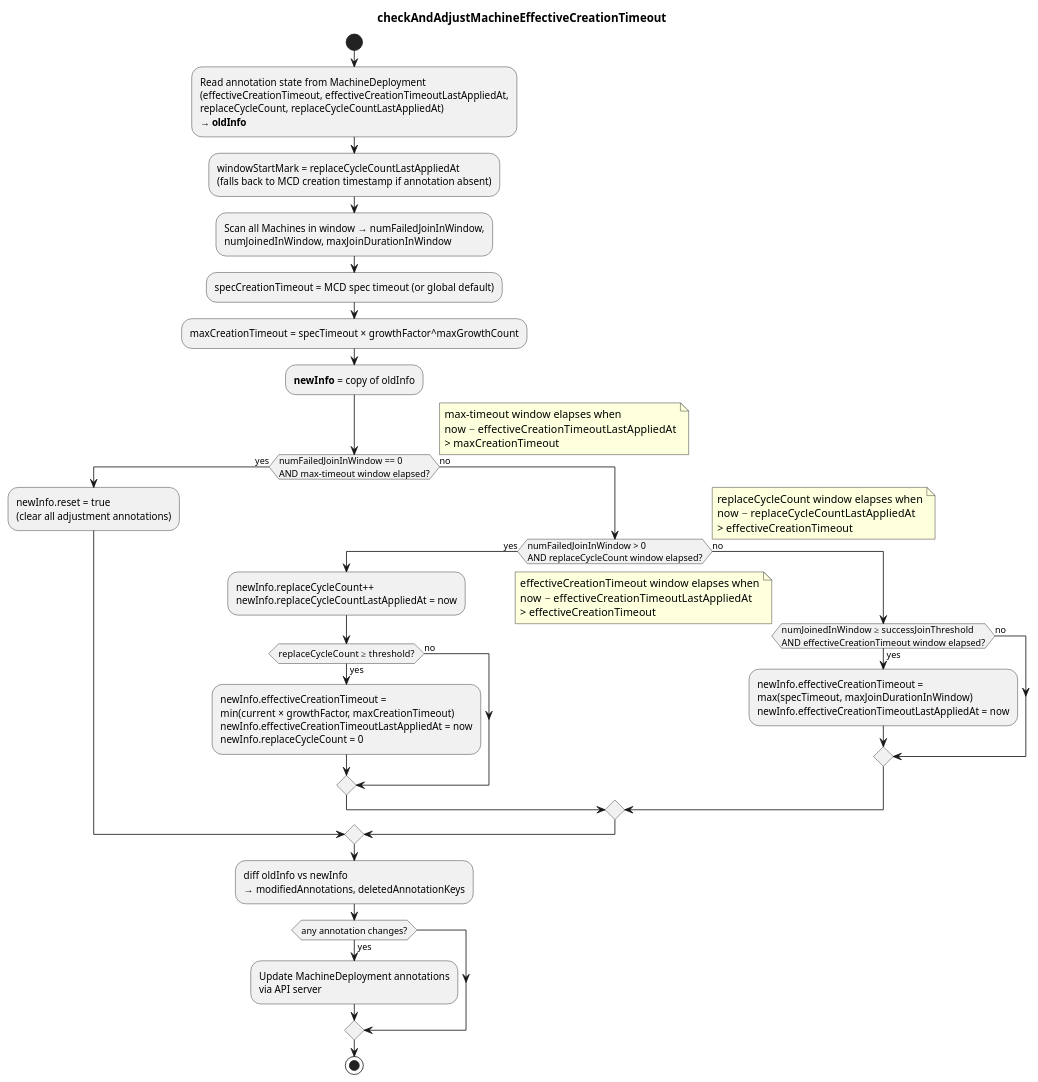
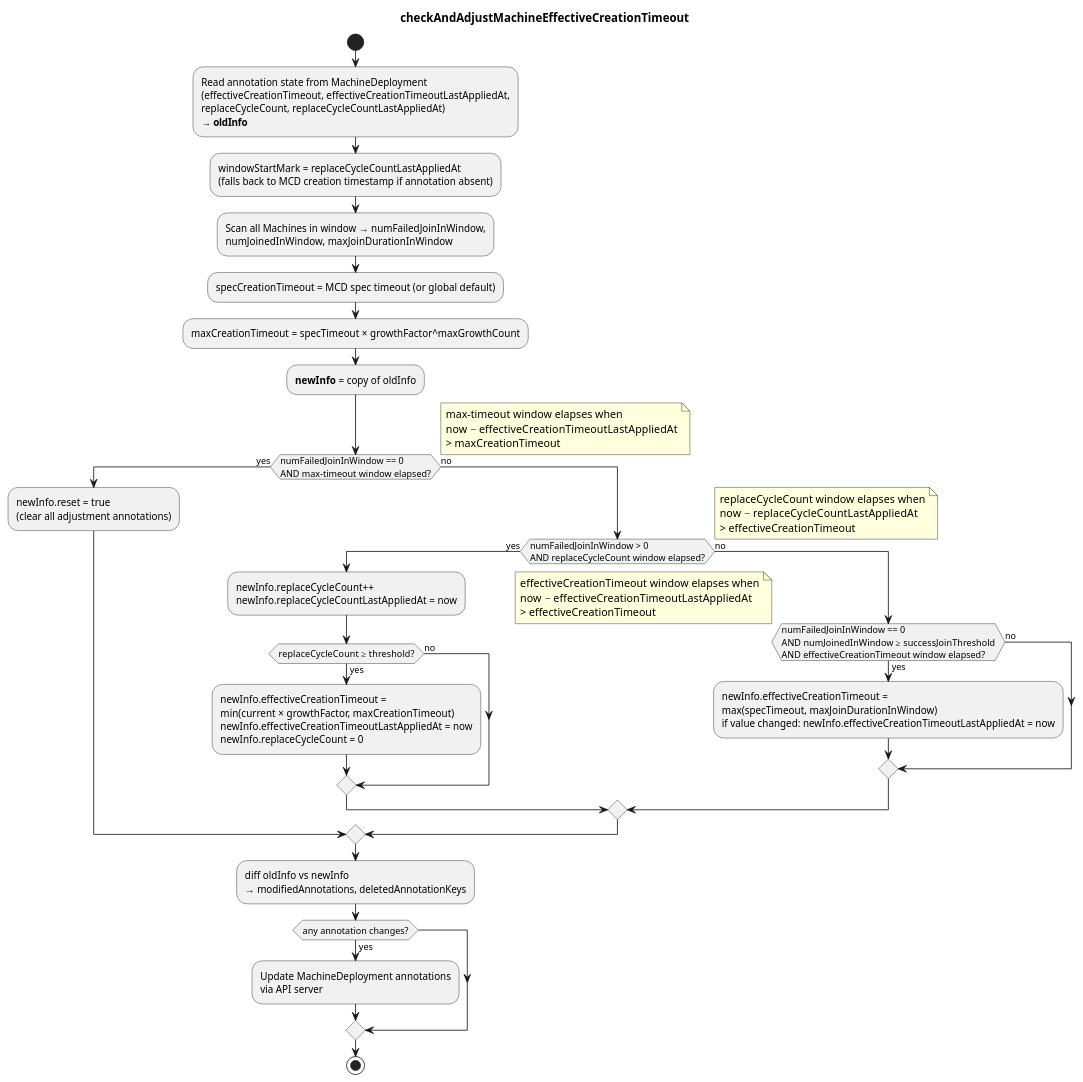
One commit to gardener/machine-controller-manager changed the diagram in docs/images/adjust-effective-creation-timeout.puml. Above: the diagram before and after it, drawn with PlantUML. The commit also changed 4 other files, not shown here.

First line of the commit message:
address review feedback: docs, diagram fixes, remove debug log

```diff
--- a/docs/images/adjust-effective-creation-timeout.puml
+++ b/docs/images/adjust-effective-creation-timeout.puml
@@ -1,54 +1,54 @@
 @startuml
 title checkAndAdjustMachineEffectiveCreationTimeout
 
 start
 
 :Read annotation state from MachineDeployment\n(effectiveCreationTimeout, effectiveCreationTimeoutLastAppliedAt,\nreplaceCycleCount, replaceCycleCountLastAppliedAt)\n**→ oldInfo**;
 
 :windowStartMark = replaceCycleCountLastAppliedAt\n(falls back to MCD creation timestamp if annotation absent);
 :Scan all Machines in window → numFailedJoinInWindow,\nnumJoinedInWindow, maxJoinDurationInWindow;
 :specCreationTimeout = MCD spec timeout (or global default);
 :maxCreationTimeout = specTimeout × growthFactor^maxGrowthCount;
 :**newInfo** = copy of oldInfo;
 
 if (numFailedJoinInWindow == 0\nAND max-timeout window elapsed?) then (yes)
 note right
   max-timeout window elapses when
   now − effectiveCreationTimeoutLastAppliedAt
   > maxCreationTimeout
 end note
   :newInfo.reset = true\n(clear all adjustment annotations);
 else (no)
   if (numFailedJoinInWindow > 0\nAND replaceCycleCount window elapsed?) then (yes)
   note right
     replaceCycleCount window elapses when
     now − replaceCycleCountLastAppliedAt
     > effectiveCreationTimeout
   end note
     :newInfo.replaceCycleCount++\nnewInfo.replaceCycleCountLastAppliedAt = now;
     if (replaceCycleCount ≥ threshold?) then (yes)
       :newInfo.effectiveCreationTimeout =\nmin(current × growthFactor, maxCreationTimeout)\nnewInfo.effectiveCreationTimeoutLastAppliedAt = now\nnewInfo.replaceCycleCount = 0;
     else (no)
     endif
   else (no)
-    if (numJoinedInWindow ≥ successJoinThreshold\nAND effectiveCreationTimeout window elapsed?) then (yes)
+    if (numFailedJoinInWindow == 0\nAND numJoinedInWindow ≥ successJoinThreshold\nAND effectiveCreationTimeout window elapsed?) then (yes)
     note right
       effectiveCreationTimeout window elapses when
       now − effectiveCreationTimeoutLastAppliedAt
       > effectiveCreationTimeout
     end note
-      :newInfo.effectiveCreationTimeout =\nmax(specTimeout, maxJoinDurationInWindow)\nnewInfo.effectiveCreationTimeoutLastAppliedAt = now;
+      :newInfo.effectiveCreationTimeout =\nmax(specTimeout, maxJoinDurationInWindow)\nif value changed: newInfo.effectiveCreationTimeoutLastAppliedAt = now;
     else (no)
     endif
   endif
 endif
 
 :diff oldInfo vs newInfo\n→ modifiedAnnotations, deletedAnnotationKeys;
 
 if (any annotation changes?) then (yes)
   :Update MachineDeployment annotations\nvia API server;
 endif
 
 stop
 
 @enduml
```
